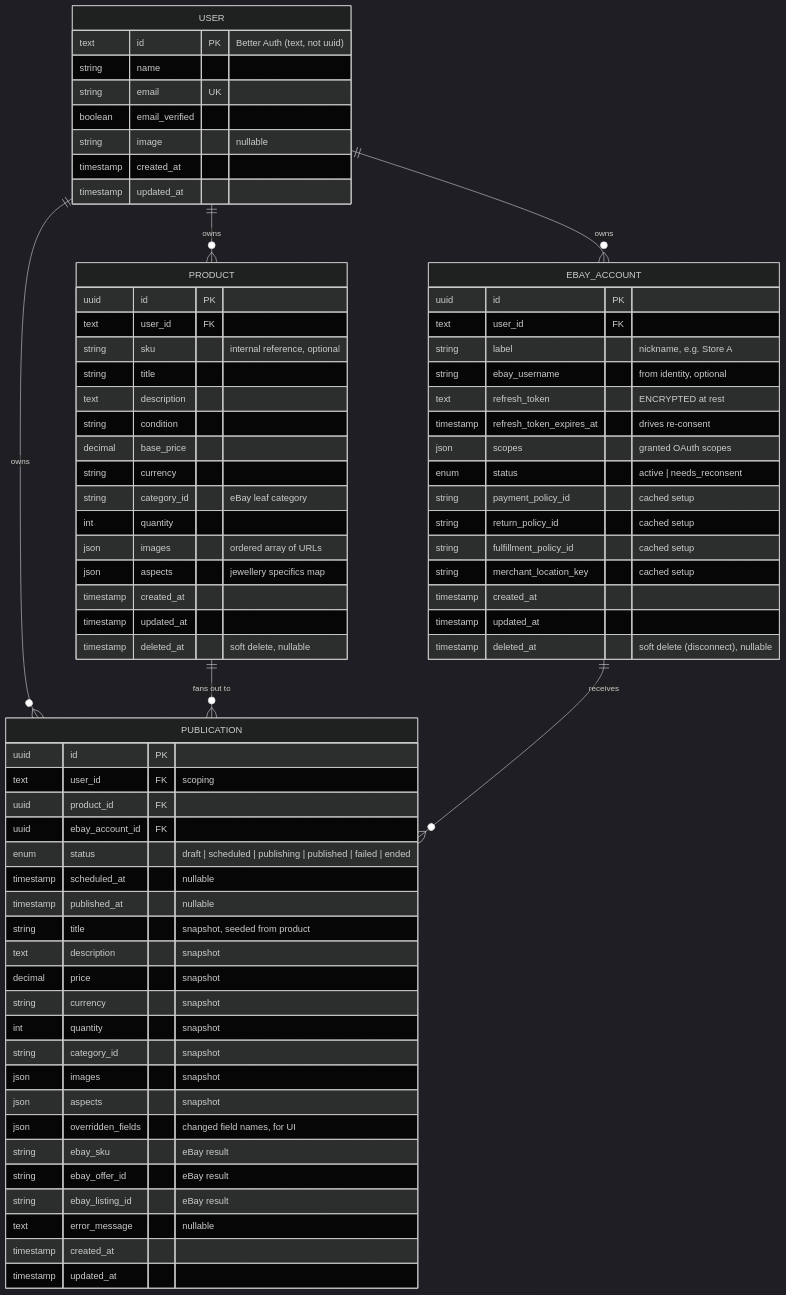
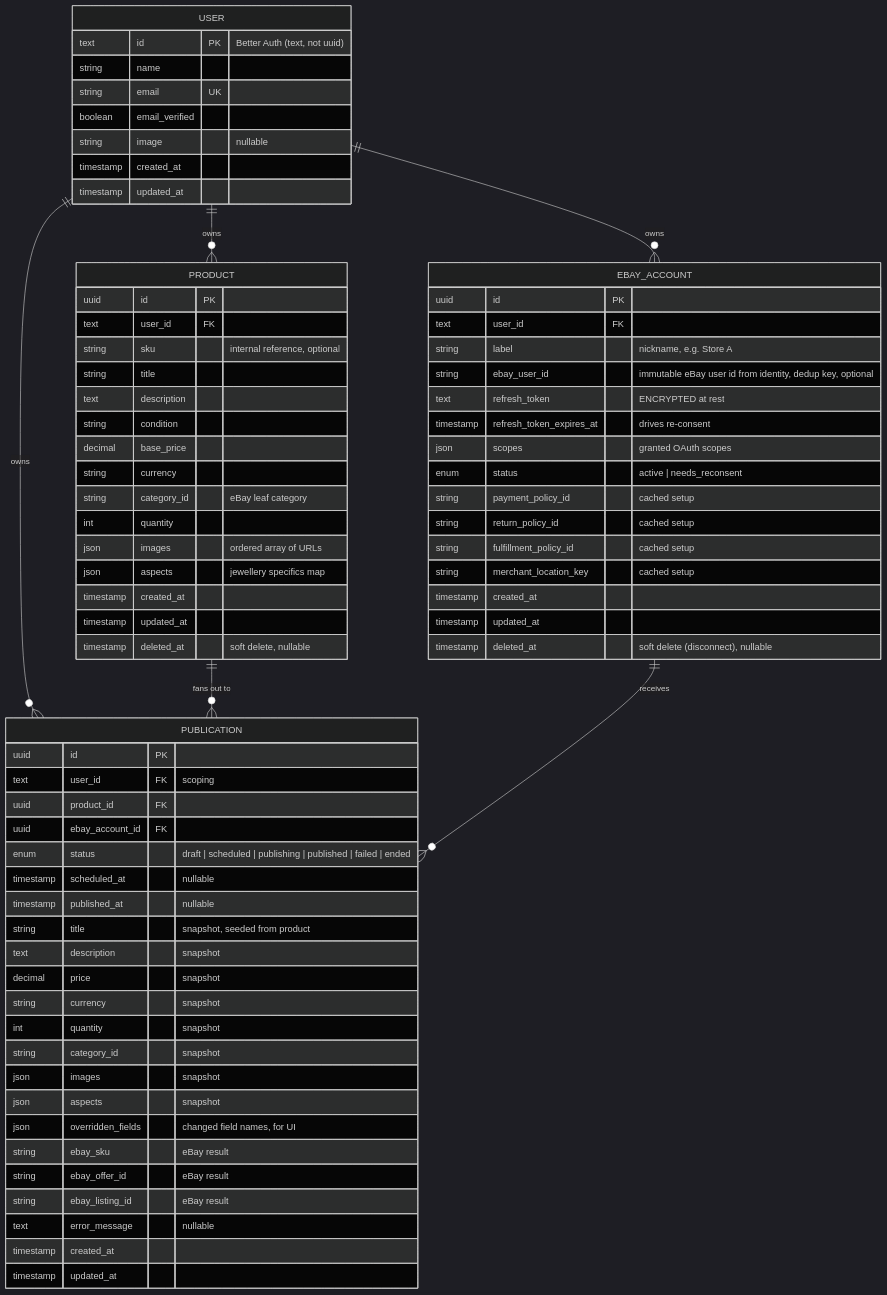
Before and after one commit to senilm/listing-tool: the diagram in docs/schema.md, drawn with Mermaid (dark theme). The commit also changed other lines of this file and 3 other files, not shown here.

First line of the commit message:
docs: update eBay docs for userId dedup and full-page OAuth

````diff
--- a/docs/schema.md
+++ b/docs/schema.md
@@ -15,79 +15,79 @@
 ```mermaid
 erDiagram
     USER ||--o{ EBAY_ACCOUNT : owns
     USER ||--o{ PRODUCT : owns
     USER ||--o{ PUBLICATION : owns
     PRODUCT ||--o{ PUBLICATION : "fans out to"
     EBAY_ACCOUNT ||--o{ PUBLICATION : receives
 
     USER {
         text id PK "Better Auth (text, not uuid)"
         string name
         string email UK
         boolean email_verified
         string image "nullable"
         timestamp created_at
         timestamp updated_at
     }
 
     EBAY_ACCOUNT {
         uuid id PK
         text user_id FK
         string label "nickname, e.g. Store A"
-        string ebay_username "from identity, optional"
+        string ebay_user_id "immutable eBay user id from identity, dedup key, optional"
         text refresh_token "ENCRYPTED at rest"
         timestamp refresh_token_expires_at "drives re-consent"
         json scopes "granted OAuth scopes"
         enum status "active | needs_reconsent"
         string payment_policy_id "cached setup"
         string return_policy_id "cached setup"
         string fulfillment_policy_id "cached setup"
         string merchant_location_key "cached setup"
         timestamp created_at
         timestamp updated_at
         timestamp deleted_at "soft delete (disconnect), nullable"
     }
 
     PRODUCT {
         uuid id PK
         text user_id FK
         string sku "internal reference, optional"
         string title
         text description
         string condition
         decimal base_price
         string currency
         string category_id "eBay leaf category"
         int quantity
         json images "ordered array of URLs"
         json aspects "jewellery specifics map"
         timestamp created_at
         timestamp updated_at
         timestamp deleted_at "soft delete, nullable"
     }
 
     PUBLICATION {
         uuid id PK
         text user_id FK "scoping"
         uuid product_id FK
         uuid ebay_account_id FK
         enum status "draft | scheduled | publishing | published | failed | ended"
         timestamp scheduled_at "nullable"
         timestamp published_at "nullable"
         string title "snapshot, seeded from product"
         text description "snapshot"
         decimal price "snapshot"
         string currency "snapshot"
         int quantity "snapshot"
         string category_id "snapshot"
         json images "snapshot"
         json aspects "snapshot"
         json overridden_fields "changed field names, for UI"
         string ebay_sku "eBay result"
         string ebay_offer_id "eBay result"
         string ebay_listing_id "eBay result"
         text error_message "nullable"
         timestamp created_at
         timestamp updated_at
     }
 ```
````
